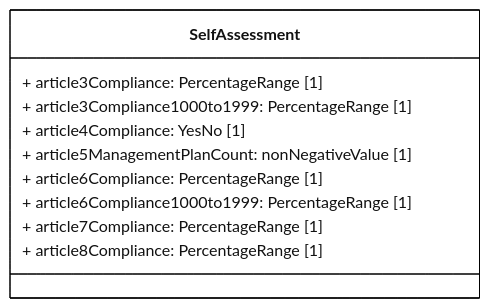
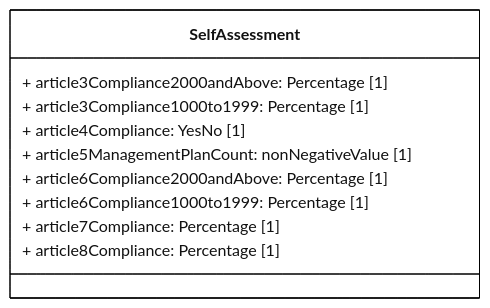
One commit to eeadata/WISE.UWWTD.Documentation changed the diagram in docs/rUWWTD2024/Article23/mmd/Article23_SelfAssessment_ClassDiagram.mmd. Above: the diagram before and after it, drawn with Mermaid. The commit also changed 17 other files, not shown here.

First line of the commit message:
Article 23: whole percentages in the self-assessment, and clearer diagrams

```diff
--- a/docs/rUWWTD2024/Article23/mmd/Article23_SelfAssessment_ClassDiagram.mmd
+++ b/docs/rUWWTD2024/Article23/mmd/Article23_SelfAssessment_ClassDiagram.mmd
@@ -1,23 +1,23 @@
 ---
 config:
   class:
     hideEmptyMembersBox: true
   layout: dagre
   theme: neutral
 ---
 classDiagram
 direction LR
 
 class SelfAssessment{
-    + article3Compliance: PercentageRange [1]
-    + article3Compliance1000to1999: PercentageRange [1]
+    + article3Compliance2000andAbove: Percentage [1]
+    + article3Compliance1000to1999: Percentage [1]
     + article4Compliance: YesNo [1]
     + article5ManagementPlanCount: nonNegativeValue [1]
-    + article6Compliance: PercentageRange [1]
-    + article6Compliance1000to1999: PercentageRange [1]
-    + article7Compliance: PercentageRange [1]
-    + article8Compliance: PercentageRange [1]
+    + article6Compliance2000andAbove: Percentage [1]
+    + article6Compliance1000to1999: Percentage [1]
+    + article7Compliance: Percentage [1]
+    + article8Compliance: Percentage [1]
 }
 
 classDef default fill:white,stroke:#000;
 classDef forFixing fill:white,stroke:#f00;
```
